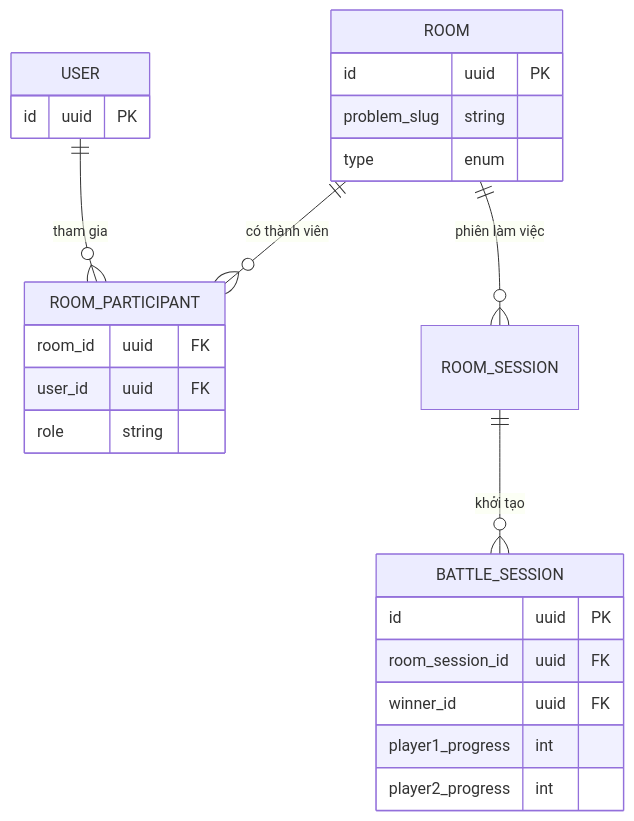
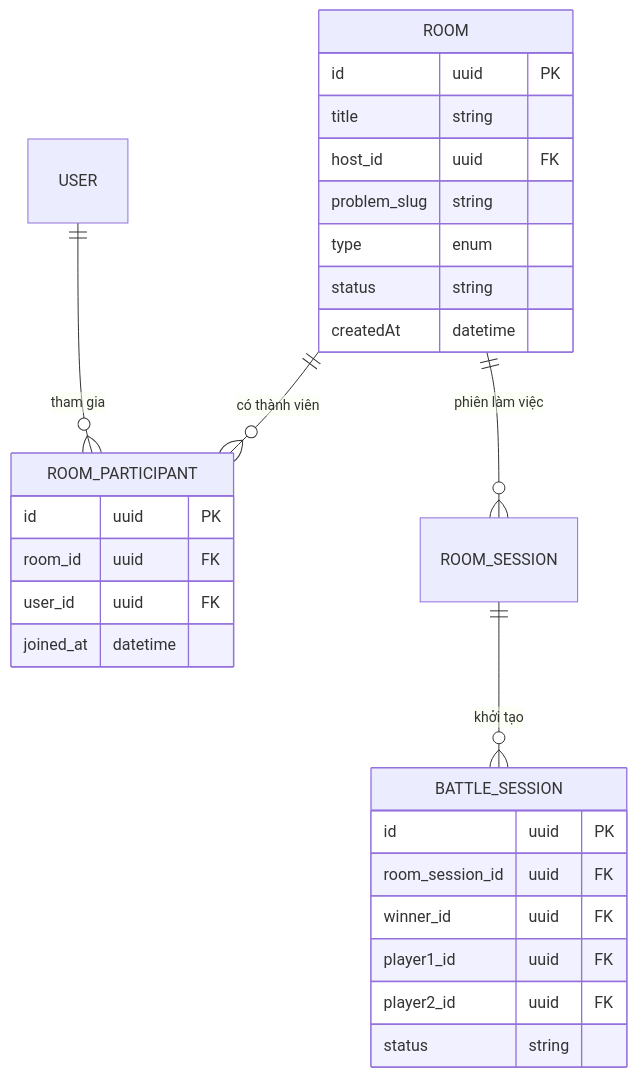
Before and after one commit to ARPHAM/codelearn-fe: the fourth of 7 diagrams in CodeLearn_BaoCao/03_Chapter_3_Design.md, drawn with Mermaid. The commit also changed other lines of this file and 2 other files, not shown here.

````diff
--- a/CodeLearn_BaoCao/03_Chapter_3_Design.md
+++ b/CodeLearn_BaoCao/03_Chapter_3_Design.md
@@ -296,28 +312,31 @@
 ```mermaid
 erDiagram
     ROOM ||--o{ ROOM_PARTICIPANT : "có thành viên"
     ROOM ||--o{ ROOM_SESSION : "phiên làm việc"
     ROOM_SESSION ||--o{ BATTLE_SESSION : "khởi tạo"
     USER ||--o{ ROOM_PARTICIPANT : "tham gia"
 
     ROOM {
         id uuid PK
+        title string
+        host_id uuid FK
         problem_slug string
         type enum
+        status string
+        createdAt datetime
     }
     ROOM_PARTICIPANT {
+        id uuid PK
         room_id uuid FK
         user_id uuid FK
-        role string
+        joined_at datetime
     }
     BATTLE_SESSION {
         id uuid PK
         room_session_id uuid FK
         winner_id uuid FK
-        player1_progress int
-        player2_progress int
-    }
-    USER {
-        id uuid PK
+        player1_id uuid FK
+        player2_id uuid FK
+        status string
     }
 ```
````
